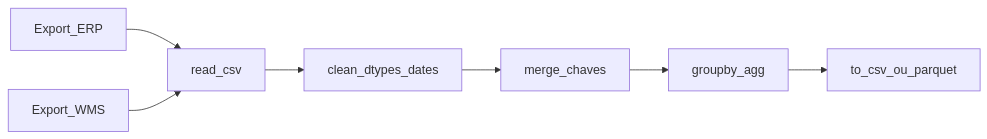
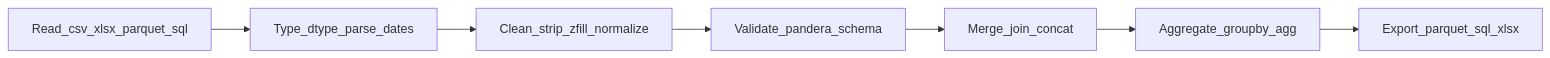
Before and after one commit to cleberhensel/logisticon-academy: the first of 3 diagrams in aulas/trilha-automacao-e-digitalizacao/modulo-02-python-para-logistica/aula-02-pandas-csv-planilhas-logistica.md, drawn with Mermaid. The commit also changed other lines of this file and 122 other files, not shown here.

````diff
--- a/aulas/trilha-automacao-e-digitalizacao/modulo-02-python-para-logistica/aula-02-pandas-csv-planilhas-logistica.md
+++ b/aulas/trilha-automacao-e-digitalizacao/modulo-02-python-para-logistica/aula-02-pandas-csv-planilhas-logistica.md
@@ -50,13 +73,11 @@
 ```mermaid
 flowchart LR
-  E[Export_ERP]
-  W[Export_WMS]
-  L[read_csv]
-  C[clean_dtypes_dates]
-  M[merge_chaves]
-  A[groupby_agg]
-  O[to_csv_ou_parquet]
-  E --> L
-  W --> L
-  L --> C --> M --> A --> O
+  R[Read_csv_xlsx_parquet_sql]
+  T[Type_dtype_parse_dates]
+  C[Clean_strip_zfill_normalize]
+  V[Validate_pandera_schema]
+  M[Merge_join_concat]
+  A[Aggregate_groupby_agg]
+  E[Export_parquet_sql_xlsx]
+  R --> T --> C --> V --> M --> A --> E
 ```
````
